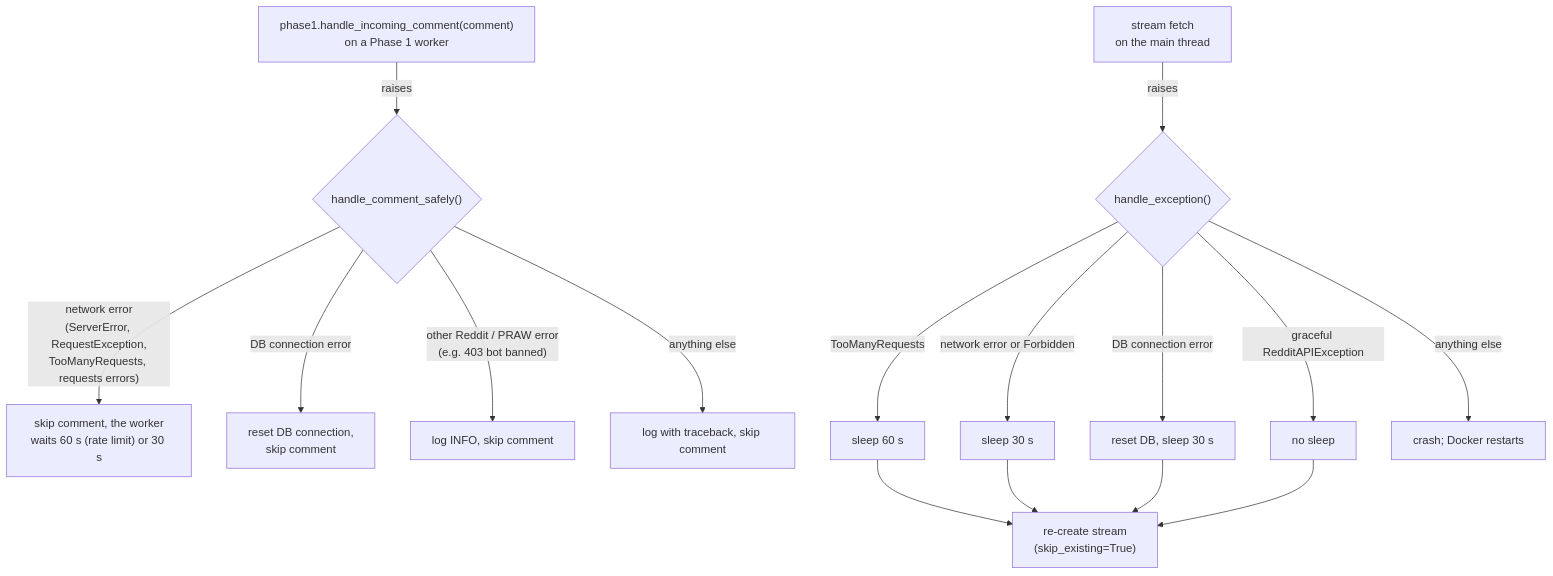
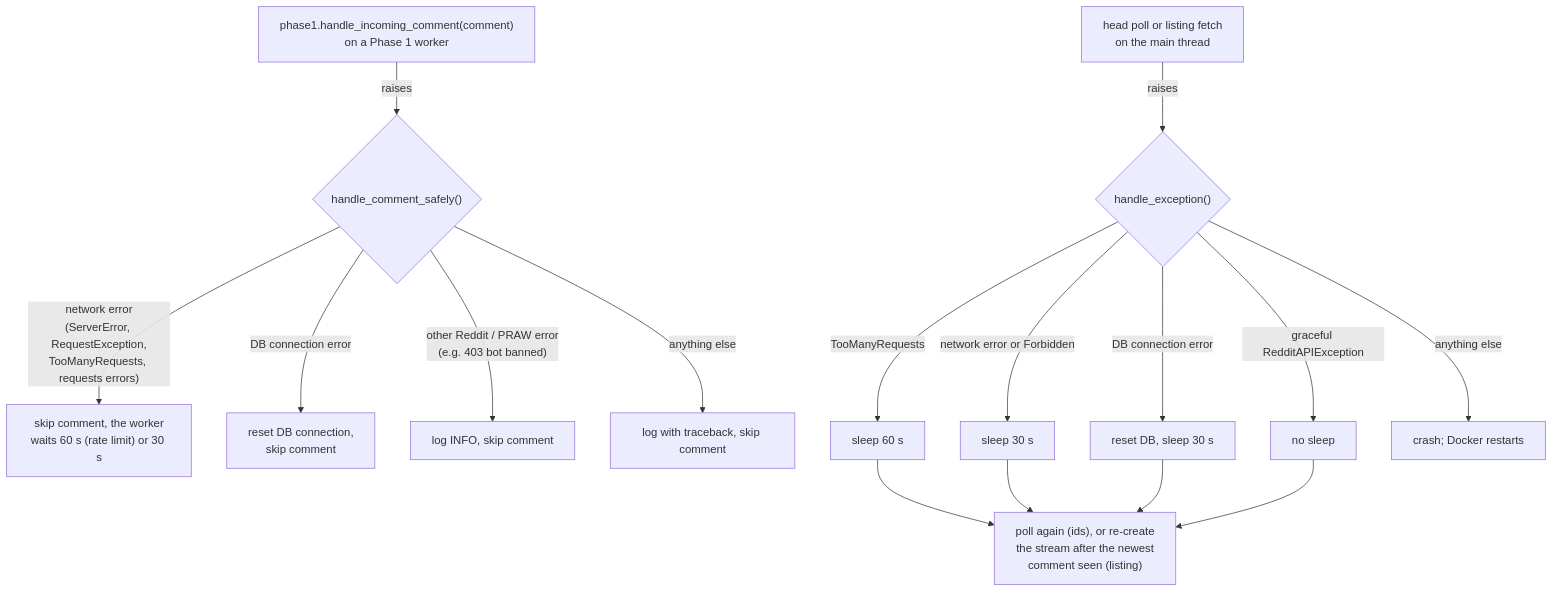
The fourth of 4 diagrams in AGENTS.md (Toldry/RedditAutoCrosspostBot), drawn with Mermaid before and after one commit. The commit also changed other lines of this file and 16 other files, not shown here.

````diff
--- a/AGENTS.md
+++ b/AGENTS.md
@@ -610,15 +653,15 @@
 ```mermaid
 flowchart TD
     C["phase1.handle_incoming_comment(comment)\non a Phase 1 worker"] -->|raises| S{"handle_comment_safely()"}
     S -->|"network error\n(ServerError, RequestException,\nTooManyRequests, requests errors)"| B["skip comment, the worker\nwaits 60 s (rate limit) or 30 s"]
     S -->|"DB connection error"| R["reset DB connection,\nskip comment"]
     S -->|"other Reddit / PRAW error\n(e.g. 403 bot banned)"| K["log INFO, skip comment"]
     S -->|"anything else"| L["log with traceback, skip comment"]
-    F["stream fetch\non the main thread"] -->|raises| H{"handle_exception()"}
+    F["head poll or listing fetch\non the main thread"] -->|raises| H{"handle_exception()"}
     H -->|"TooManyRequests"| W60["sleep 60 s"]
     H -->|"network error or Forbidden"| W30["sleep 30 s"]
     H -->|"DB connection error"| WDB["reset DB, sleep 30 s"]
     H -->|"graceful RedditAPIException"| N["no sleep"]
-    W60 & W30 & WDB & N --> RS["re-create stream\n(skip_existing=True)"]
+    W60 & W30 & WDB & N --> RS["poll again (ids), or re-create\nthe stream after the newest\ncomment seen (listing)"]
     H -->|"anything else"| X["crash; Docker restarts"]
 ```
````
